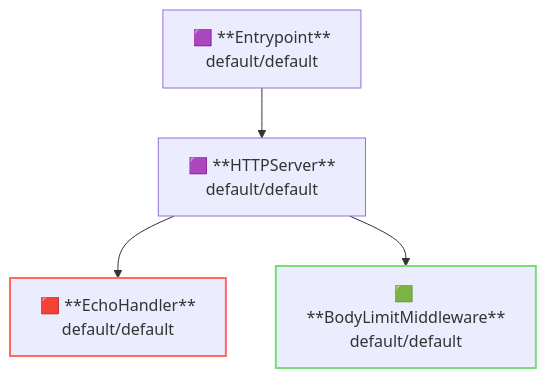
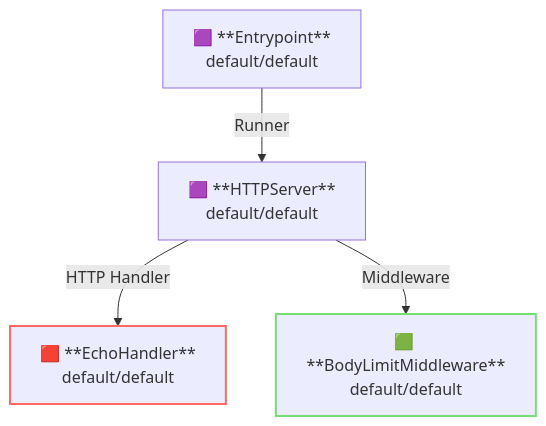
The second of 2 diagrams in examples/bodylimit/README.md (aileron-gateway/aileron-gateway), drawn with Mermaid before and after one commit. The commit also changed other lines of this file and 244 other files, not shown here.

````diff
--- a/examples/bodylimit/README.md
+++ b/examples/bodylimit/README.md
@@ -94,14 +62,14 @@
 ```mermaid
 graph TD
   Entrypoint["🟪 **Entrypoint**</br>default/default"]
   HTTPServer["🟪 **HTTPServer**</br>default/default"]
   EchoHandler["🟥 **EchoHandler**</br>default/default"]
   BodyLimitMiddleware["🟩 **BodyLimitMiddleware**</br>default/default"]
 
-Entrypoint --> HTTPServer
-HTTPServer --> EchoHandler
-HTTPServer --> BodyLimitMiddleware
+Entrypoint --"Runner"--> HTTPServer
+HTTPServer --"HTTP Handler"--> EchoHandler
+HTTPServer --"Middleware"--> BodyLimitMiddleware
 
 style EchoHandler stroke:#ff6961,stroke-width:2px
 style BodyLimitMiddleware stroke:#77dd77,stroke-width:2px
 ```
````
